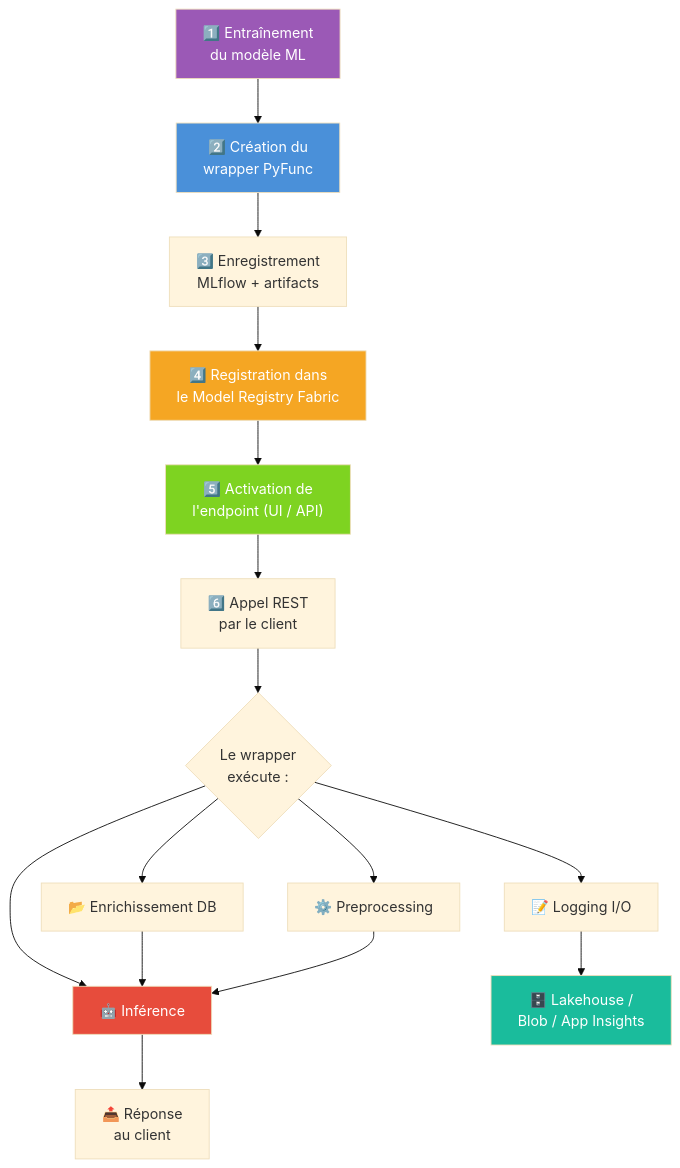
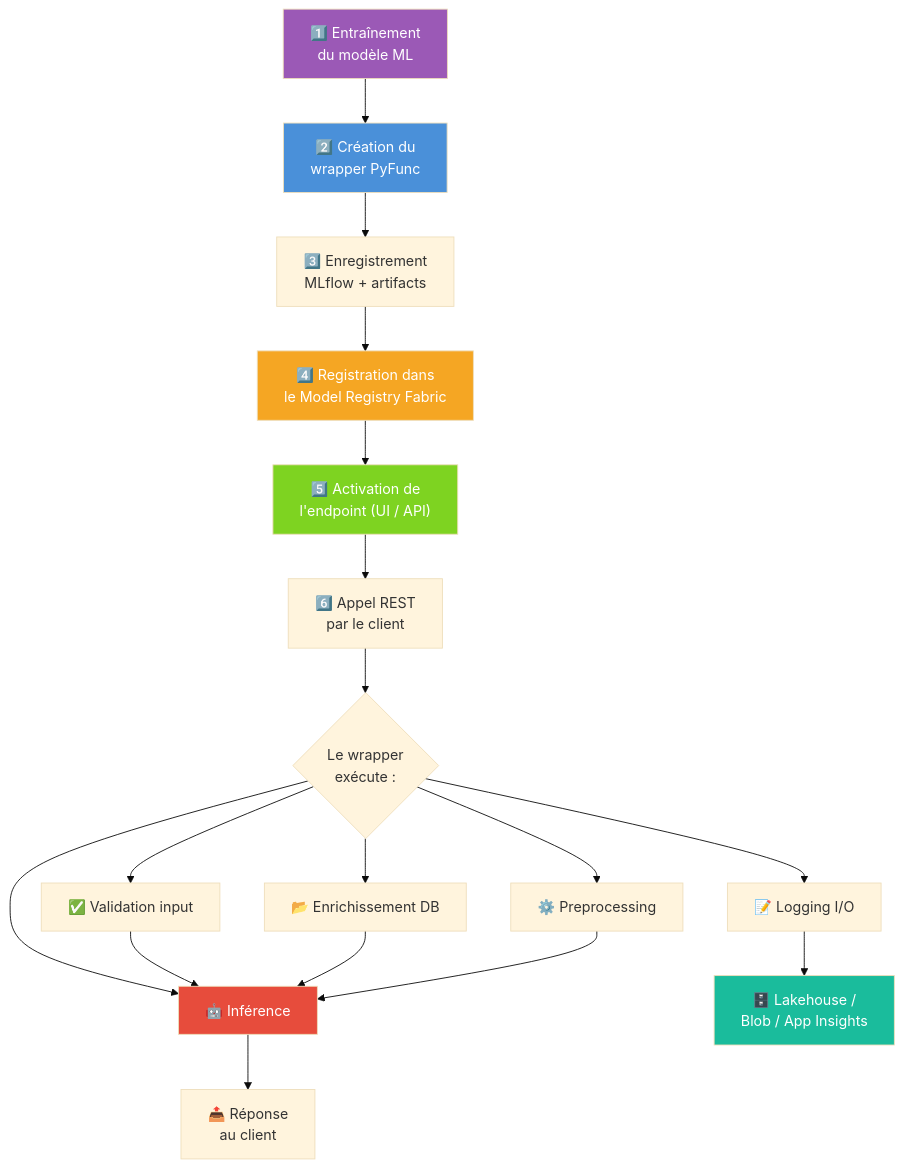
The fifth of 6 diagrams in MLinFabric.md (fredgis/fabric-foundry-kb), drawn with Mermaid (base theme) before and after one commit. The commit also changed other lines of this file, not shown here.

````diff
--- a/MLinFabric.md
+++ b/MLinFabric.md
@@ -202,24 +411,26 @@
 ```mermaid
 flowchart TD
     A["1️⃣ Entraînement\ndu modèle ML"] --> B["2️⃣ Création du\nwrapper PyFunc"]
     B --> C["3️⃣ Enregistrement\nMLflow + artifacts"]
     C --> D["4️⃣ Registration dans\nle Model Registry Fabric"]
     D --> E["5️⃣ Activation de\nl'endpoint (UI / API)"]
     E --> F["6️⃣ Appel REST\npar le client"]
     F --> G{"Le wrapper\nexécute :"}
-    G --> H["📂 Enrichissement DB"]
-    G --> I["⚙️ Preprocessing"]
-    G --> J["🤖 Inférence"]
-    G --> K["📝 Logging I/O"]
-    H --> J
-    I --> J
-    J --> L["📤 Réponse\nau client"]
-    K --> M["🗄️ Lakehouse /\nBlob / App Insights"]
+    G --> H["✅ Validation input"]
+    G --> I["📂 Enrichissement DB"]
+    G --> J["⚙️ Preprocessing"]
+    G --> K["🤖 Inférence"]
+    G --> L["📝 Logging I/O"]
+    H --> K
+    I --> K
+    J --> K
+    K --> M["📤 Réponse\nau client"]
+    L --> N["🗄️ Lakehouse /\nBlob / App Insights"]
 
     style A fill:#9b59b6,color:#fff
     style B fill:#4a90d9,color:#fff
     style D fill:#f5a623,color:#fff
     style E fill:#7ed321,color:#fff
-    style J fill:#e74c3c,color:#fff
-    style M fill:#1abc9c,color:#fff
+    style K fill:#e74c3c,color:#fff
+    style N fill:#1abc9c,color:#fff
 ```
````
